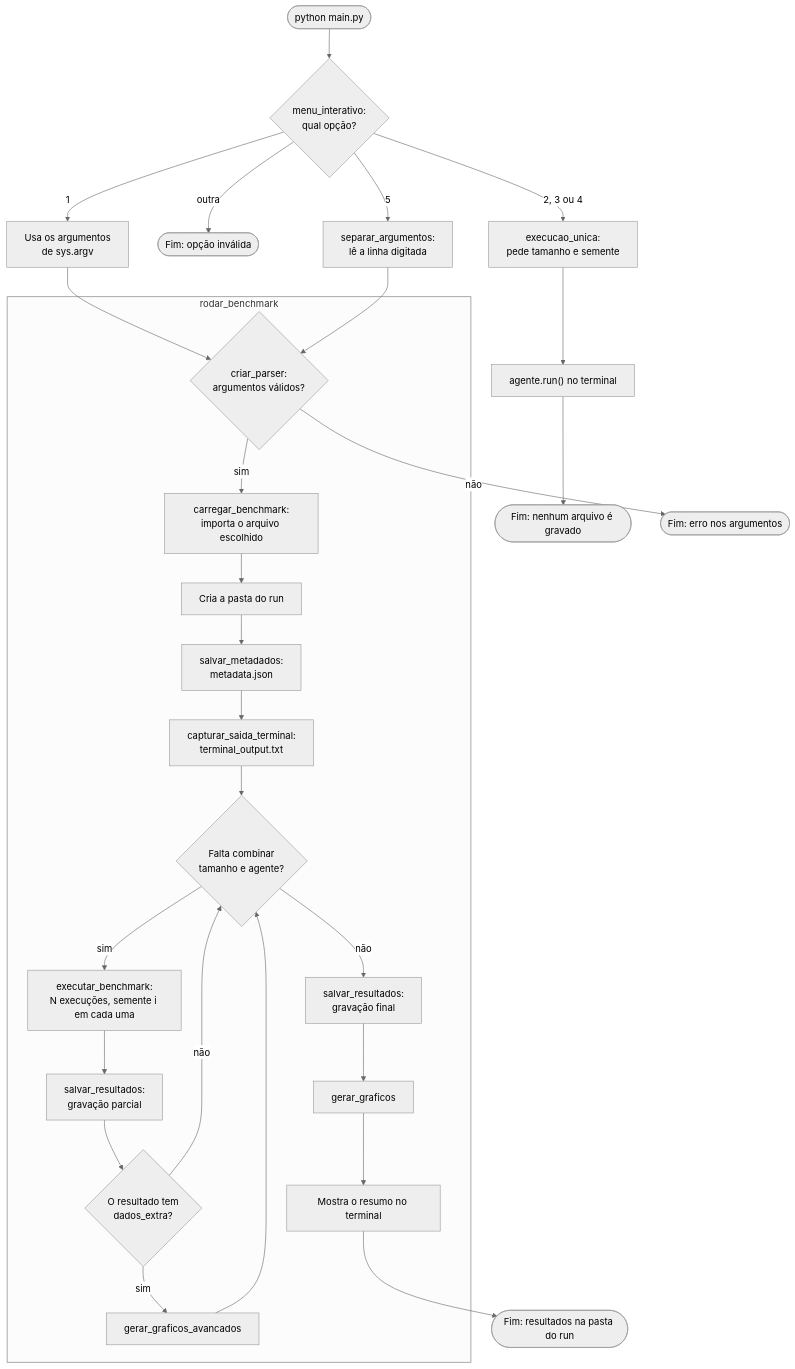
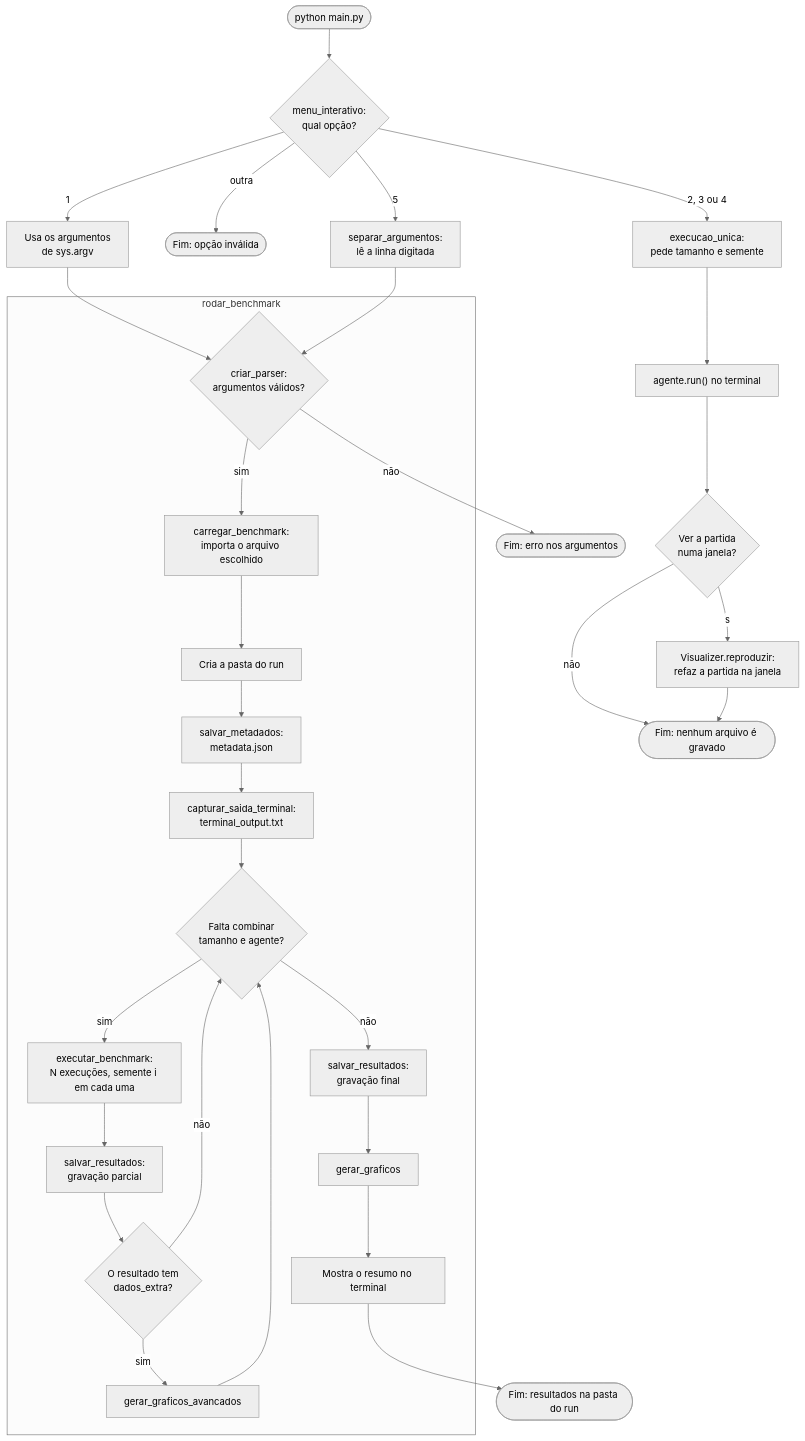
One commit to ingrid-kiki/wumpus_world_modular changed the diagram in docs/arquitetura/fluxo-geral.md. Above: the diagram before and after it, drawn with Mermaid (neutral theme). The commit also changed 12 other files, not shown here.

First line of the commit message:
feat: oferece no menu uma janela que reproduz a partida

````diff
--- a/docs/arquitetura/fluxo-geral.md
+++ b/docs/arquitetura/fluxo-geral.md
@@ -6,38 +6,41 @@
 ```mermaid
 flowchart TD
     inicio(["python main.py"]) --> menu{"menu_interativo:<br/>qual opção?"}
 
     menu -- "2, 3 ou 4" --> unica["execucao_unica:<br/>pede tamanho e semente"]
     unica --> executa["agente.run() no terminal"]
-    executa --> fimUnico(["Fim: nenhum arquivo é gravado"])
+    executa --> janela{"Ver a partida<br/>numa janela?"}
+    janela -- "s" --> reproduz["Visualizer.reproduzir:<br/>refaz a partida na janela"]
+    janela -- "não" --> fimUnico(["Fim: nenhum arquivo é gravado"])
+    reproduz --> fimUnico
 
     menu -- "outra" --> invalida(["Fim: opção inválida"])
 
     menu -- "1" --> args1["Usa os argumentos<br/>de sys.argv"]
     menu -- "5" --> args5["separar_argumentos:<br/>lê a linha digitada"]
     args1 --> validos
     args5 --> validos
 
     subgraph rodar["rodar_benchmark"]
         validos{"criar_parser:<br/>argumentos válidos?"}
         validos -- "sim" --> carregar["carregar_benchmark:<br/>importa o arquivo escolhido"]
         carregar --> pasta["Cria a pasta do run"]
         pasta --> metadados["salvar_metadados:<br/>metadata.json"]
         metadados --> captura["capturar_saida_terminal:<br/>terminal_output.txt"]
         captura --> falta{"Falta combinar<br/>tamanho e agente?"}
 
         falta -- "sim" --> benchmark["executar_benchmark:<br/>N execuções, semente i em cada uma"]
         benchmark --> parcial["salvar_resultados:<br/>gravação parcial"]
         parcial --> extras{"O resultado tem<br/>dados_extra?"}
         extras -- "sim" --> avancados["gerar_graficos_avancados"]
         extras -- "não" --> falta
         avancados --> falta
 
         falta -- "não" --> final["salvar_resultados:<br/>gravação final"]
         final --> graficos["gerar_graficos"]
         graficos --> resumo["Mostra o resumo no terminal"]
     end
 
     validos -- "não" --> erroArgs(["Fim: erro nos argumentos"])
     resumo --> fim(["Fim: resultados na pasta do run"])
 ```
````
